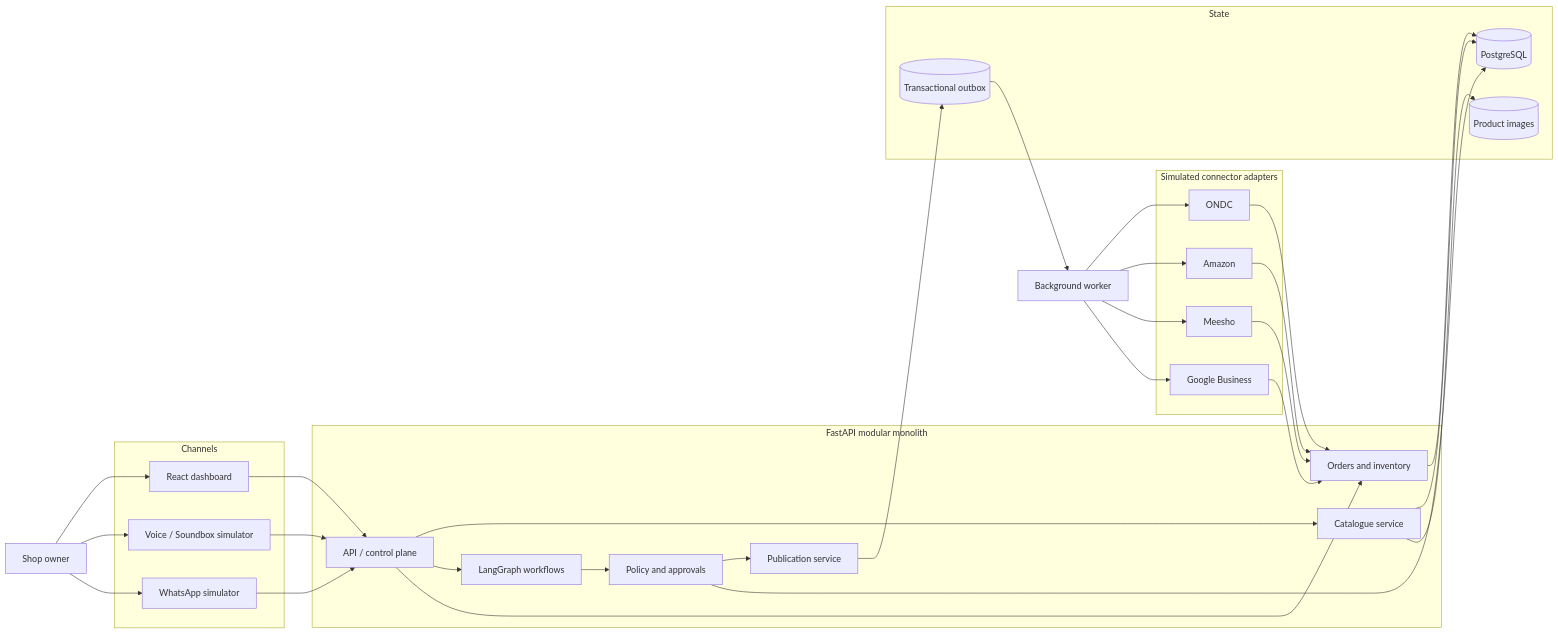
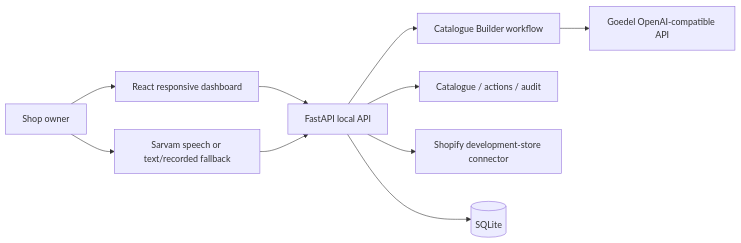
One commit to rhythm493/sabbazaar-paytm-hackathon changed the diagram in docs/architecture/overview.md. Above: the diagram before and after it, drawn with Mermaid. The commit also changed other lines of this file and 26 other files, not shown here.

````diff
--- a/docs/architecture/overview.md
+++ b/docs/architecture/overview.md
@@ -13,60 +7,12 @@
 ```mermaid
 flowchart LR
-    Owner[Shop owner]
-
-    subgraph Channels
-        Web[React dashboard]
-        Voice[Voice / Soundbox simulator]
-        WhatsApp[WhatsApp simulator]
-    end
-
-    subgraph Backend[FastAPI modular monolith]
-        API[API / control plane]
-        Catalog[Catalogue service]
-        Agent[LangGraph workflows]
-        Policy[Policy and approvals]
-        Commerce[Orders and inventory]
-        Publication[Publication service]
-    end
-
-    subgraph State
-        DB[(PostgreSQL)]
-        Files[(Product images)]
-        Outbox[(Transactional outbox)]
-    end
-
-    Worker[Background worker]
-
-    subgraph Adapters[Simulated connector adapters]
-        ONDC[ONDC]
-        Amazon[Amazon]
-        Meesho[Meesho]
-        Google[Google Business]
-    end
-
-    Owner --> Web
-    Owner --> Voice
-    Owner --> WhatsApp
-    Web --> API
+    Owner[Shop owner] --> Web[React responsive dashboard]
+    Web --> API[FastAPI local API]
+    API --> Agent[Catalogue Builder workflow]
+    API --> Commerce[Catalogue / actions / audit]
+    API --> Shopify[Shopify development-store connector]
+    API --> DB[(SQLite)]
+    Agent --> Model[Goedel OpenAI-compatible API]
+    Owner --> Voice[Sarvam speech or text/recorded fallback]
     Voice --> API
-    WhatsApp --> API
-    API --> Catalog
-    API --> Agent
-    API --> Commerce
-    Agent --> Policy
-    Policy --> Publication
-    Catalog --> DB
-    Commerce --> DB
-    Policy --> DB
-    Publication --> Outbox
-    Catalog --> Files
-    Outbox --> Worker
-    Worker --> ONDC
-    Worker --> Amazon
-    Worker --> Meesho
-    Worker --> Google
-    ONDC --> Commerce
-    Amazon --> Commerce
-    Meesho --> Commerce
-    Google --> Commerce
 ```
````
